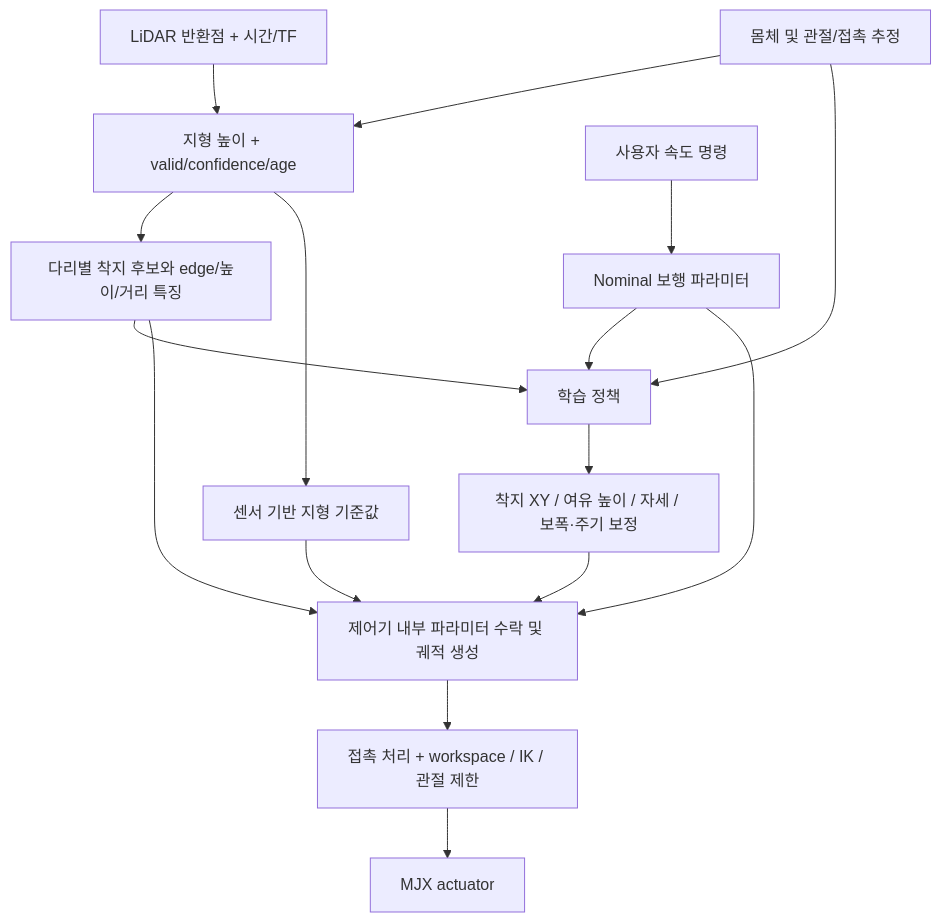
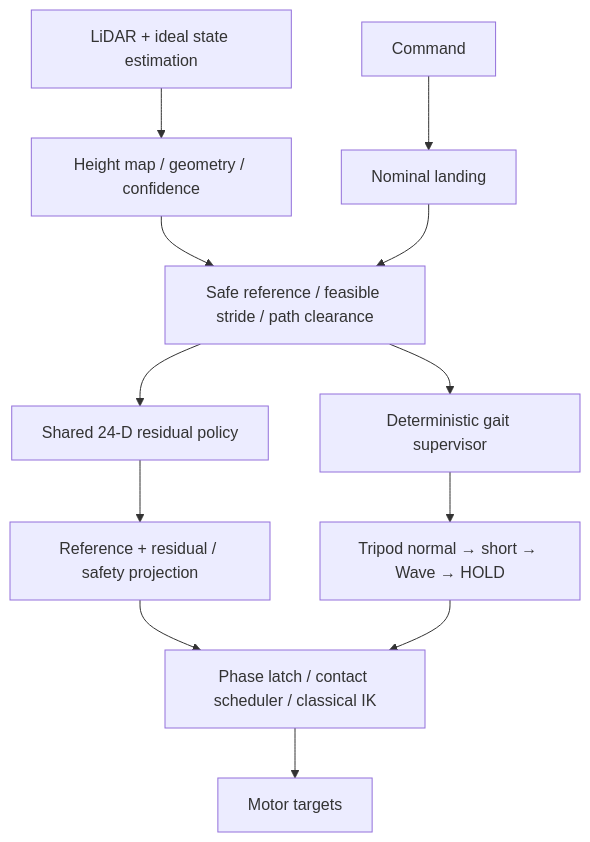
One commit to twwawy/Hexapod-Robot changed the diagram in docs/HEXAPOD_MJX_ADAPTIVE_GAIT_LEARNING_PLAN.md. Above: the diagram before and after it, drawn with Mermaid. The commit also changed other lines of this file and 6 other files, not shown here.

````diff
--- a/docs/HEXAPOD_MJX_ADAPTIVE_GAIT_LEARNING_PLAN.md
+++ b/docs/HEXAPOD_MJX_ADAPTIVE_GAIT_LEARNING_PLAN.md
@@ -20,18 +9,14 @@
 ```mermaid
 flowchart TD
-    L[LiDAR 반환점 + 시간/TF] --> M[지형 높이 + valid/confidence/age]
-    I[몸체 및 관절/접촉 추정] --> M
-    M --> C[다리별 착지 후보와 edge/높이/거리 특징]
-    U[사용자 속도 명령] --> N[Nominal 보행 파라미터]
-    M --> F[센서 기반 지형 기준값]
-    C --> P[학습 정책]
-    I --> P
-    N --> P
-    P --> D[착지 XY / 여유 높이 / 자세 / 보폭·주기 보정]
-    N --> G[제어기 내부 파라미터 수락 및 궤적 생성]
-    F --> G
-    D --> G
-    C --> G
-    G --> S[접촉 처리 + workspace / IK / 관절 제한]
-    S --> O[MJX actuator]
+    L[LiDAR + ideal state estimation] --> M[Height map / geometry / confidence]
+    C[Command] --> N[Nominal landing]
+    M --> F[Safe reference / feasible stride / path clearance]
+    N --> F
+    F --> R[Shared 24-D residual policy]
+    F --> S[Deterministic gait supervisor]
+    R --> P[Reference + residual / safety projection]
+    S --> G[Tripod normal → short → Wave → HOLD]
+    P --> K[Phase latch / contact scheduler / classical IK]
+    G --> K
+    K --> A[Motor targets]
 ```
````
